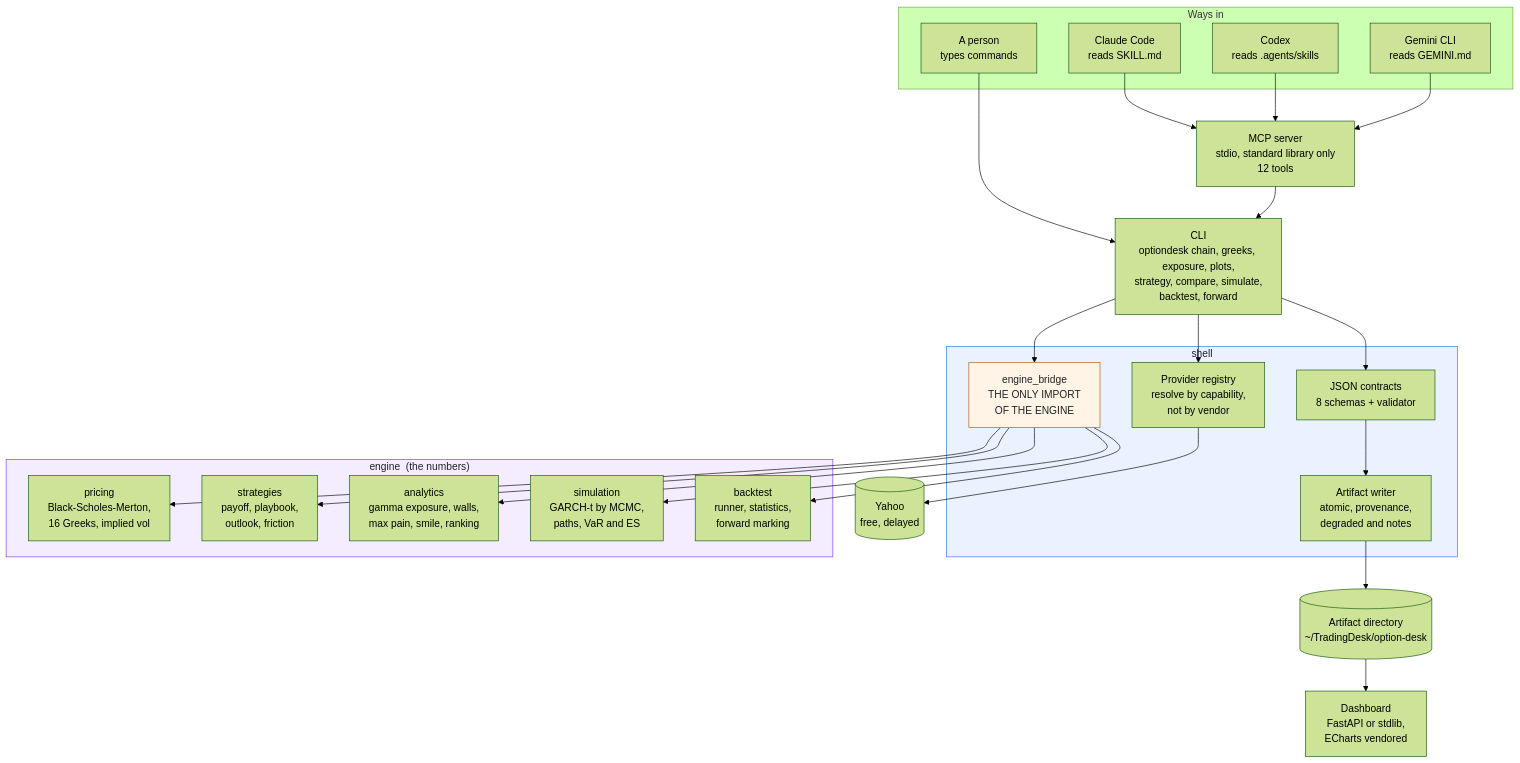
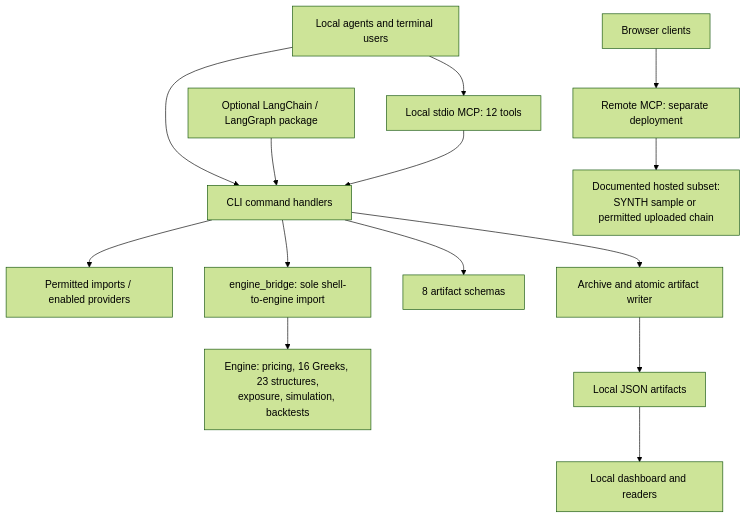
The third of 9 diagrams in docs/wiki/Architecture.md (Iman/agent-driven-options-desk-and-skills), drawn with Mermaid (forest theme) before and after one commit. The commit also changed other lines of this file and 51 other files, not shown here.

Commit message:
Refresh architecture diagrams and document the research algorithm

````diff
--- a/docs/wiki/Architecture.md
+++ b/docs/wiki/Architecture.md
@@ -119,53 +118,16 @@
 ```mermaid
 flowchart TB
-    subgraph clients["Ways in"]
-        claude["Claude Code<br/>reads SKILL.md"]
-        codex["Codex<br/>reads .agents/skills"]
-        gemini["Gemini CLI<br/>reads GEMINI.md"]
-        human["A person<br/>types commands"]
-    end
-
-    mcp["MCP server<br/>stdio, standard library only<br/>12 tools"]
-    cli["CLI<br/>optiondesk chain, greeks, exposure, plots,<br/>strategy, compare, simulate,<br/>backtest, forward"]
-
-    subgraph shell["shell"]
-        providers["Provider registry<br/>resolve by capability,<br/>not by vendor"]
-        contracts["JSON contracts<br/>8 schemas + validator"]
-        artifacts["Artifact writer<br/>atomic, provenance,<br/>degraded and notes"]
-        bridge["engine_bridge<br/>THE ONLY IMPORT<br/>OF THE ENGINE"]
-    end
-
-    subgraph engine["engine &nbsp;(the numbers)"]
-        pricing["pricing<br/>Black-Scholes-Merton,<br/>16 Greeks, implied vol"]
-        strategies["strategies<br/>payoff, playbook,<br/>outlook, friction"]
-        analytics["analytics<br/>gamma exposure, walls,<br/>max pain, smile, ranking"]
-        simulation["simulation<br/>GARCH-t by MCMC,<br/>paths, VaR and ES"]
-        backtest["backtest<br/>runner, statistics,<br/>forward marking"]
-    end
-
-    yahoo[("Yahoo<br/>free, delayed")]
-    disk[("Artifact directory<br/>~/TradingDesk/option-desk")]
-    dash["Dashboard<br/>FastAPI or stdlib,<br/>ECharts vendored"]
-
-    claude --> mcp
-    codex --> mcp
-    gemini --> mcp
-    human --> cli
+    clients["Local agents and terminal users"] --> mcp["Local stdio MCP: 12 tools"]
+    clients --> cli["CLI command handlers"]
+    optional["Optional LangChain / LangGraph package"] --> cli
     mcp --> cli
-    cli --> providers
-    cli --> bridge
-    providers --> yahoo
-    bridge --> pricing
-    bridge --> strategies
-    bridge --> analytics
-    bridge --> simulation
-    bridge --> backtest
-    cli --> contracts
-    contracts --> artifacts
-    artifacts --> disk
-    disk --> dash
-
-    style engine fill:#f4edff,stroke:#7c3aed,color:#1f2328
-    style shell fill:#eaf2ff,stroke:#2f6feb,color:#1f2328
-    style bridge fill:#fff4e5,stroke:#b45309,color:#1f2328
+    cli --> inputs["Permitted imports / enabled providers"]
+    cli --> bridge["engine_bridge: sole shell-to-engine import"]
+    bridge --> engine["Engine: pricing, 16 Greeks, 23 structures,<br/>exposure, simulation, backtests"]
+    cli --> validation["8 artifact schemas"]
+    cli --> writer["Archive and atomic artifact writer"]
+    writer --> disk["Local JSON artifacts"]
+    disk --> dashboard["Local dashboard and readers"]
+    browser["Browser clients"] --> hosted["Remote MCP: separate deployment"]
+    hosted --> subset["Documented hosted subset:<br/>SYNTH sample or permitted uploaded chain"]
 ```
````
